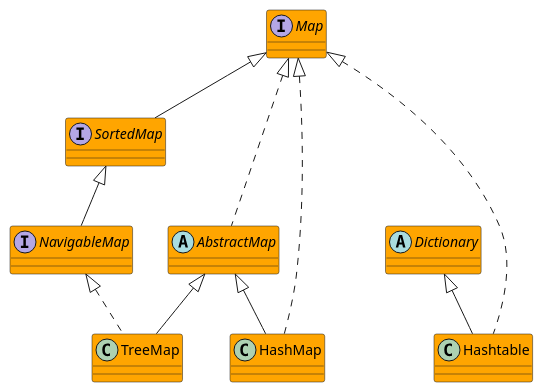
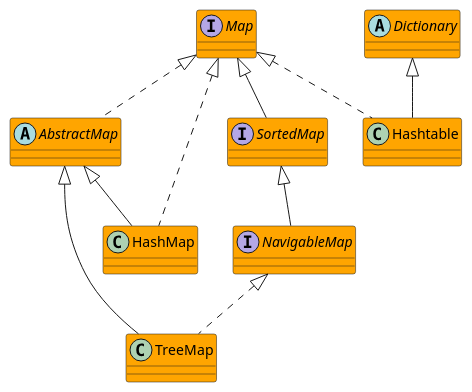
The diagram in uml/Maps.puml (FedorIzvekov/uml), drawn with PlantUML before and after one commit.

Commit message:
ref uml java core Maps hierarchy

```diff
--- a/uml/Maps.puml
+++ b/uml/Maps.puml
@@ -1,35 +1,18 @@
 @startuml
 
 skinparam class {
 BackgroundColor orange
 }
 
 interface Map
+abstract class Dictionary
+abstract class AbstractMap implements Map
 
-abstract class Dictionary
-abstract class AbstractMap
+interface SortedMap extends Map
+interface NavigableMap extends SortedMap
 
-interface SortedMap
-interface NavigableMap
-
-class Hashtable
-class TreeMap
-class HashMap
-
-
-
-Map <|--down SortedMap
-Map <|...down AbstractMap
-Map <|....down Hashtable
-
-SortedMap <|--down NavigableMap
-
-Dictionary <|--down Hashtable
-
-AbstractMap <|--down TreeMap
-NavigableMap <|..down TreeMap
-
-AbstractMap <|--down HashMap
-Map <|..down HashMap
+class Hashtable extends Dictionary implements Map
+class TreeMap extends AbstractMap implements NavigableMap
+class HashMap extends AbstractMap implements Map
 
 @enduml
```
